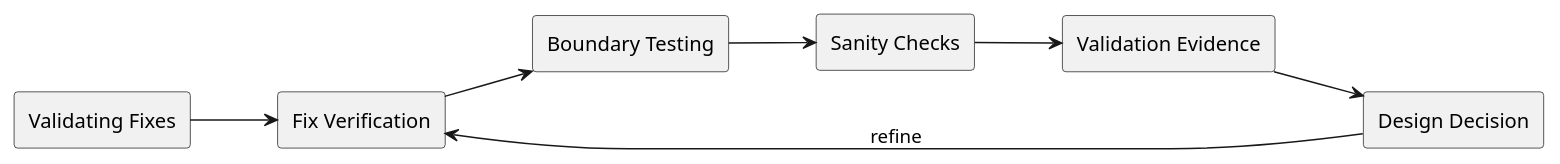
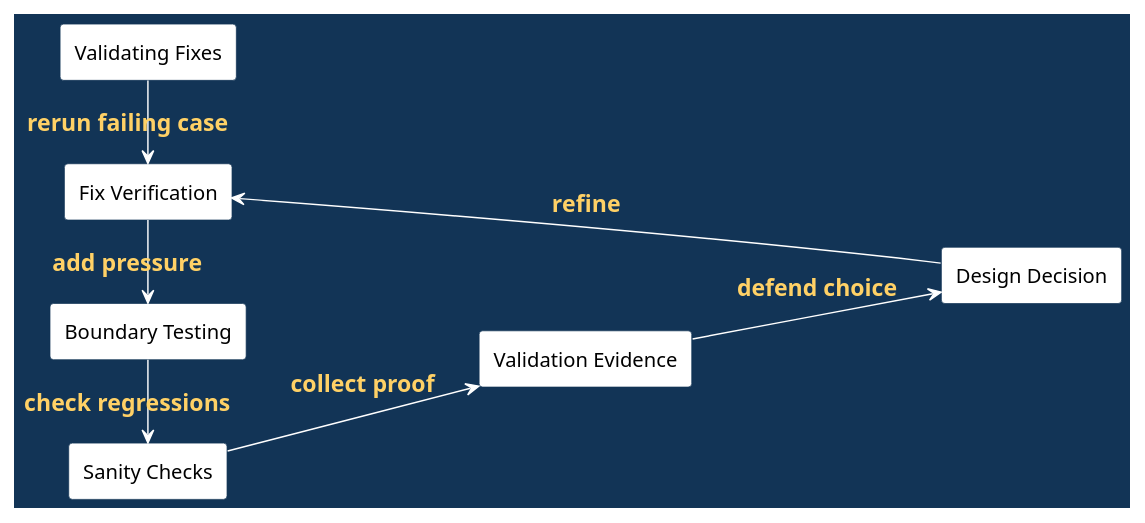
One commit to madajaju/CS5254 changed the first of 14 diagrams in doc/lectures/week4/validating_fixes/README.slides.adoc. Above: the diagram before and after it, drawn with PlantUML. The commit also changed other lines of this file and 62 other files, not shown here.

```diff
--- a/doc/lectures/week4/validating_fixes/README.slides.adoc
+++ b/doc/lectures/week4/validating_fixes/README.slides.adoc
@@ -64,22 +23,33 @@
-[plantuml, target=architecture, format=svg, width=80%]
+[plantuml,concept-map,svg,width=100%]
 ----
 @startuml
-skinparam monochrome true
+skinparam BackgroundColor #123456
+skinparam DefaultFontColor white
+skinparam ArrowColor white
+skinparam ArrowFontColor #ffd166
+skinparam ArrowFontStyle bold
+skinparam ArrowFontSize 16
 skinparam shadowing false
+skinparam rectangle {
+  BackgroundColor white
+  FontColor black
+  BorderColor #123456
+}
+
 left to right direction
 
 rectangle "Validating Fixes" as Topic
-rectangle "Fix Verification" as A
-rectangle "Boundary Testing" as B
-rectangle "Sanity Checks" as C
-rectangle "Validation Evidence" as V
-rectangle "Design Decision" as D
+rectangle "Fix Verification" as Fix
+rectangle "Boundary Testing" as Boundary
+rectangle "Sanity Checks" as Sanity
+rectangle "Validation Evidence" as Evidence
+rectangle "Design Decision" as Decision
 
-Topic --> A
-A --> B
-B --> C
-C --> V
-V --> D
-D --> A : refine
+Topic -> Fix : rerun failing case
+Fix -> Boundary : add pressure
+Boundary -> Sanity : check regressions
+Sanity --> Evidence : collect proof
+Evidence --> Decision : defend choice
+Decision --> Fix : refine
 @enduml
 ----
```
